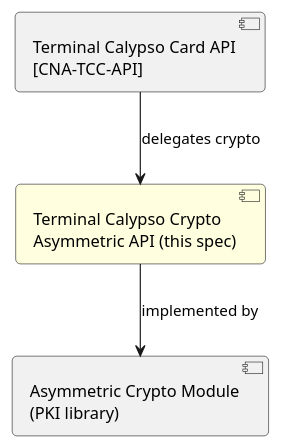
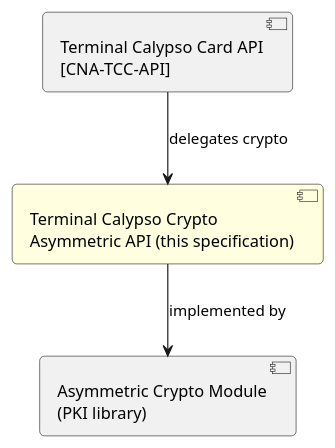
The first of 2 diagrams in api_specification.adoc (calypsonet/calypsonet-terminal-calypso-crypto-asymmetric-uml-api), drawn with PlantUML before and after one commit. The commit also changed 3 other files, not shown here.

```diff
--- a/api_specification.adoc
+++ b/api_specification.adoc
@@ -249,14 +249,14 @@
 [plantuml, target=architecture-overview, format=svg]
 ....
 @startuml
 skinparam shadowing false
 skinparam roundCorner 8
 
 component "Terminal Calypso Card API\n[CNA-TCC-API]" as TCC
-component "Terminal Calypso Crypto\nAsymmetric API (this spec)" as TCCA #LightYellow
+component "Terminal Calypso Crypto\nAsymmetric API (this specification)" as TCCA #LightYellow
 component "Asymmetric Crypto Module\n(PKI library)" as Mod
 
 TCC --> TCCA : delegates crypto
 TCCA --> Mod : implemented by
 @enduml
 ....
```
